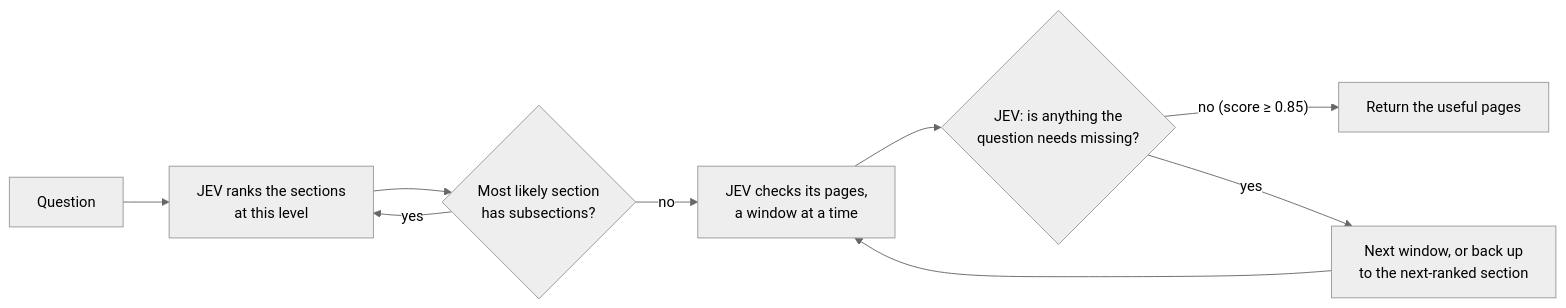
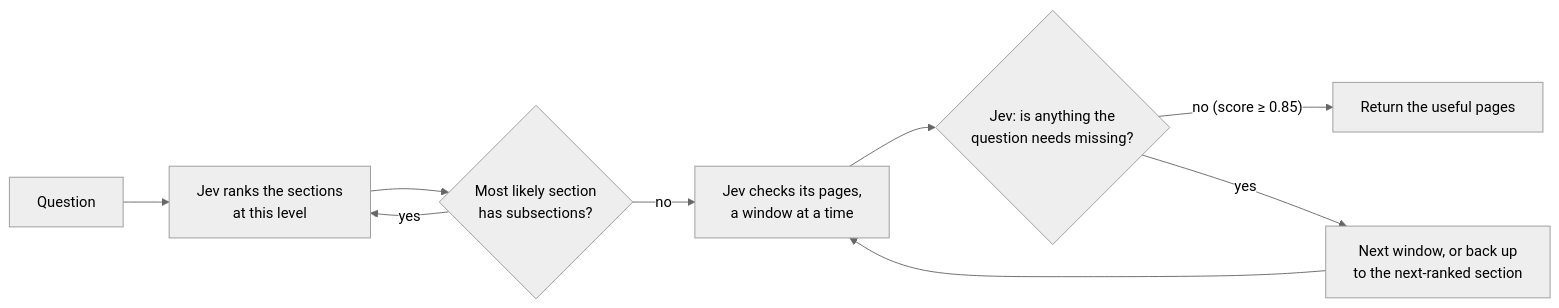
One commit to bakubay/jev-dfs-document-search changed the diagram in docs/results/REPORT.md. Above: the diagram before and after it, drawn with Mermaid (neutral theme). The commit also changed other lines of this file and 16 other files, not shown here.

````diff
--- a/docs/results/REPORT.md
+++ b/docs/results/REPORT.md
@@ -42,11 +42,11 @@
 ```mermaid
 flowchart LR
-  Q[Question] --> R[JEV ranks the sections<br>at this level]
+  Q[Question] --> R[Jev ranks the sections<br>at this level]
   R --> D{Most likely section<br>has subsections?}
   D -- yes --> R
-  D -- no --> C[JEV checks its pages,<br>a window at a time]
-  C --> S{JEV: is anything the<br>question needs missing?}
+  D -- no --> C[Jev checks its pages,<br>a window at a time]
+  C --> S{Jev: is anything the<br>question needs missing?}
   S -- "no (score ≥ 0.85)" --> OUT[Return the useful pages]
   S -- yes --> N[Next window, or back up<br>to the next-ranked section]
   N --> C
 ```
````
